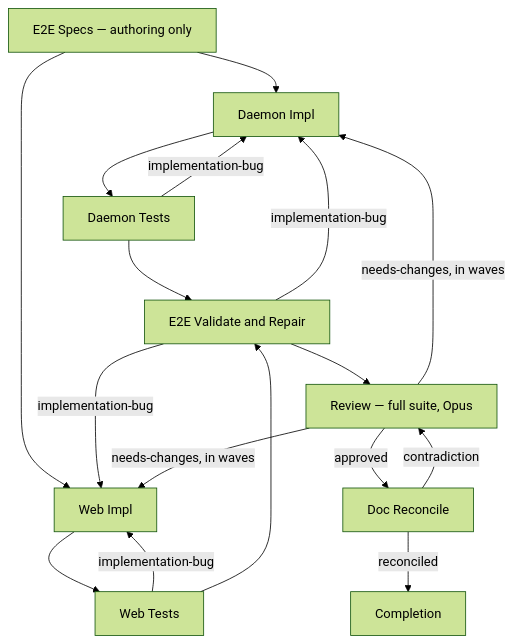
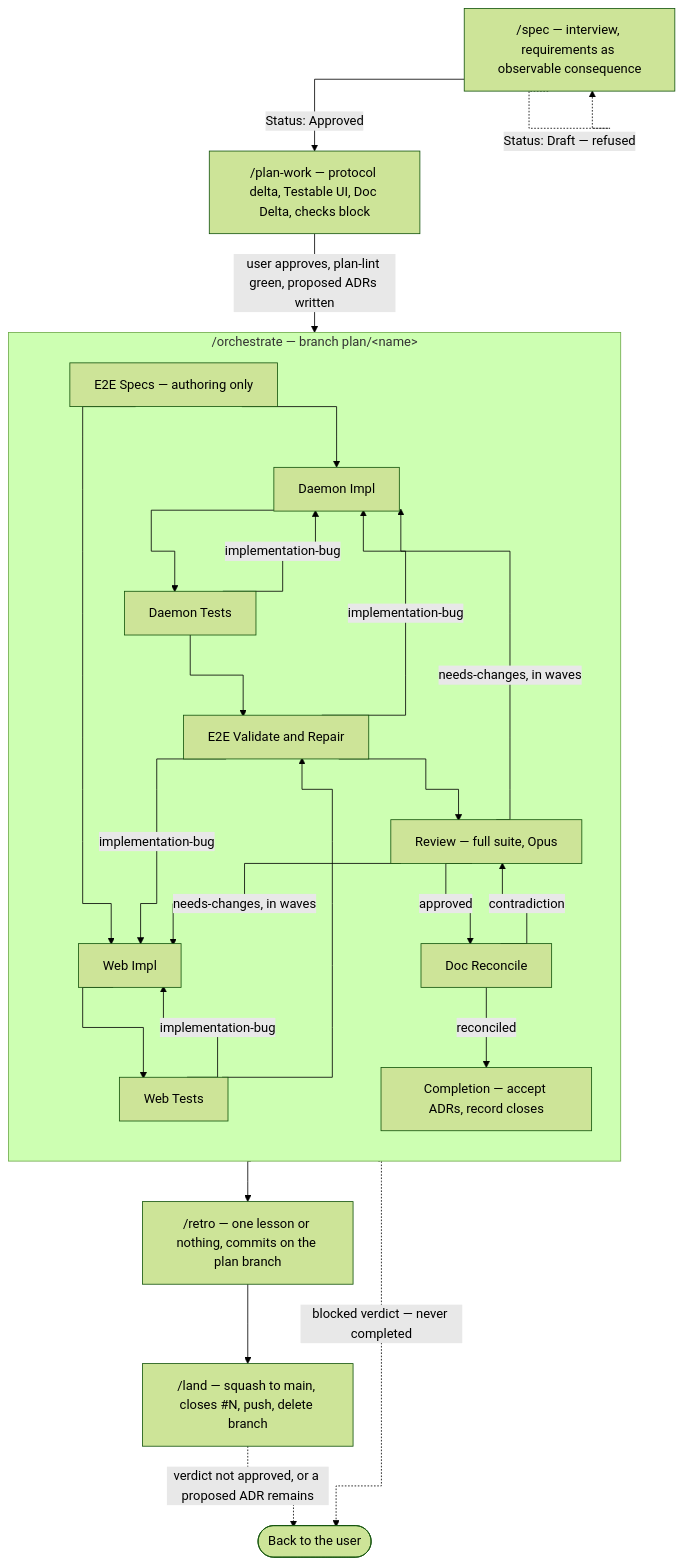
Before and after one commit to Zalaras/muster: the diagram in docs/diagrams/pipeline-execution-order.md, drawn with Mermaid (forest theme). The commit also changed other lines of this file and 25 other files, not shown here.

First line of the commit message:
docs(diagrams): system-wide diagrams from the code, and the ingest, launch and lifecycle diagrams inline

````diff
--- a/docs/diagrams/pipeline-execution-order.md
+++ b/docs/diagrams/pipeline-execution-order.md
@@ -18,19 +31,32 @@
 ```mermaid
+%%{init: {"layout": "dagre", "flowchart": {"curve": "stepAfter"}}}%%
 flowchart TD
-    S[E2E Specs — authoring only] --> DI[Daemon Impl]
-    S --> WI[Web Impl]
-    DI --> DT[Daemon Tests]
-    WI --> WT[Web Tests]
-    DT -->|implementation-bug| DI
-    WT -->|implementation-bug| WI
-    DT --> V[E2E Validate and Repair]
-    WT --> V
-    V -->|implementation-bug| DI
-    V -->|implementation-bug| WI
-    V --> R[Review — full suite, Opus]
-    R -->|needs-changes, in waves| DI
-    R -->|needs-changes, in waves| WI
-    R -->|approved| DR[Doc Reconcile]
-    DR -->|contradiction| R
-    DR -->|reconciled| C[Completion]
+    SPEC["/spec — interview, requirements as observable consequence"] -->|Status: Approved| PW["/plan-work — protocol delta, Testable UI, Doc Delta, checks block"]
+    SPEC -.->|Status: Draft — refused| SPEC
+    PW -->|user approves, plan-lint green, proposed ADRs written| ORCH
+
+    subgraph ORCH["/orchestrate — branch plan/&lt;name&gt;"]
+        direction TB
+        S[E2E Specs — authoring only] --> DI[Daemon Impl]
+        S --> WI[Web Impl]
+        DI --> DT[Daemon Tests]
+        WI --> WT[Web Tests]
+        DT -->|implementation-bug| DI
+        WT -->|implementation-bug| WI
+        DT --> V[E2E Validate and Repair]
+        WT --> V
+        V -->|implementation-bug| DI
+        V -->|implementation-bug| WI
+        V --> R[Review — full suite, Opus]
+        R -->|needs-changes, in waves| DI
+        R -->|needs-changes, in waves| WI
+        R -->|approved| DR[Doc Reconcile]
+        DR -->|contradiction| R
+        DR -->|reconciled| C[Completion — accept ADRs, record closes]
+    end
+
+    ORCH --> RETRO["/retro — one lesson or nothing, commits on the plan branch"]
+    RETRO --> LAND["/land — squash to main, closes #N, push, delete branch"]
+    ORCH -.->|blocked verdict — never completed| USER([Back to the user])
+    LAND -.->|verdict not approved, or a proposed ADR remains| USER
 ```
````
